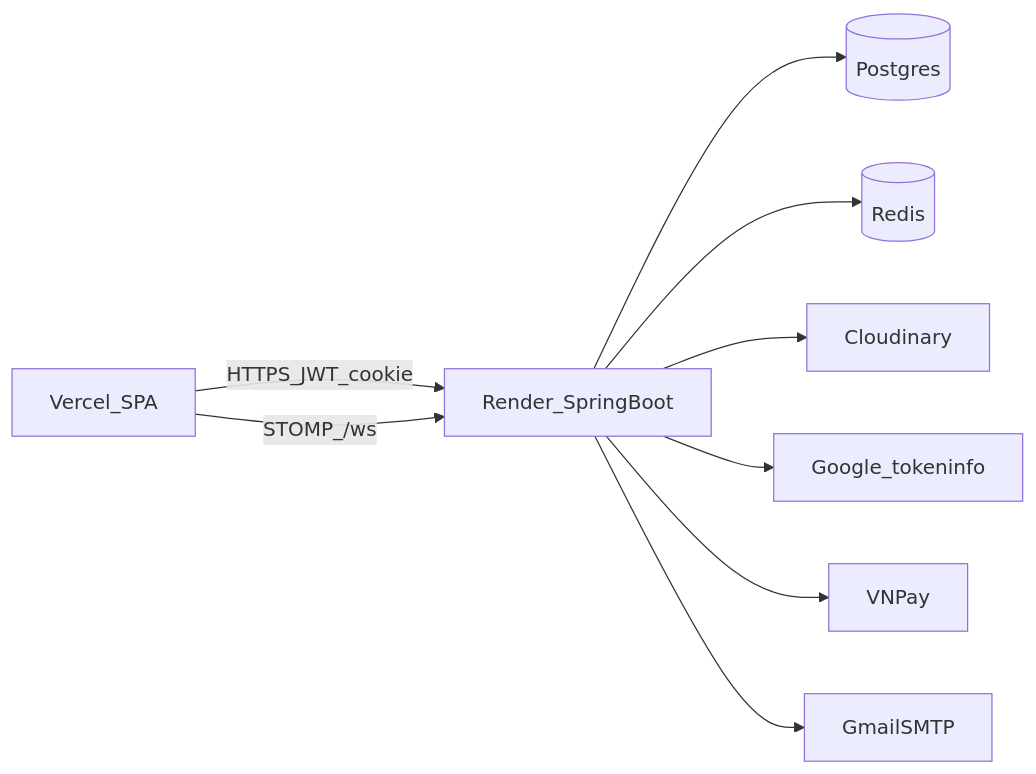
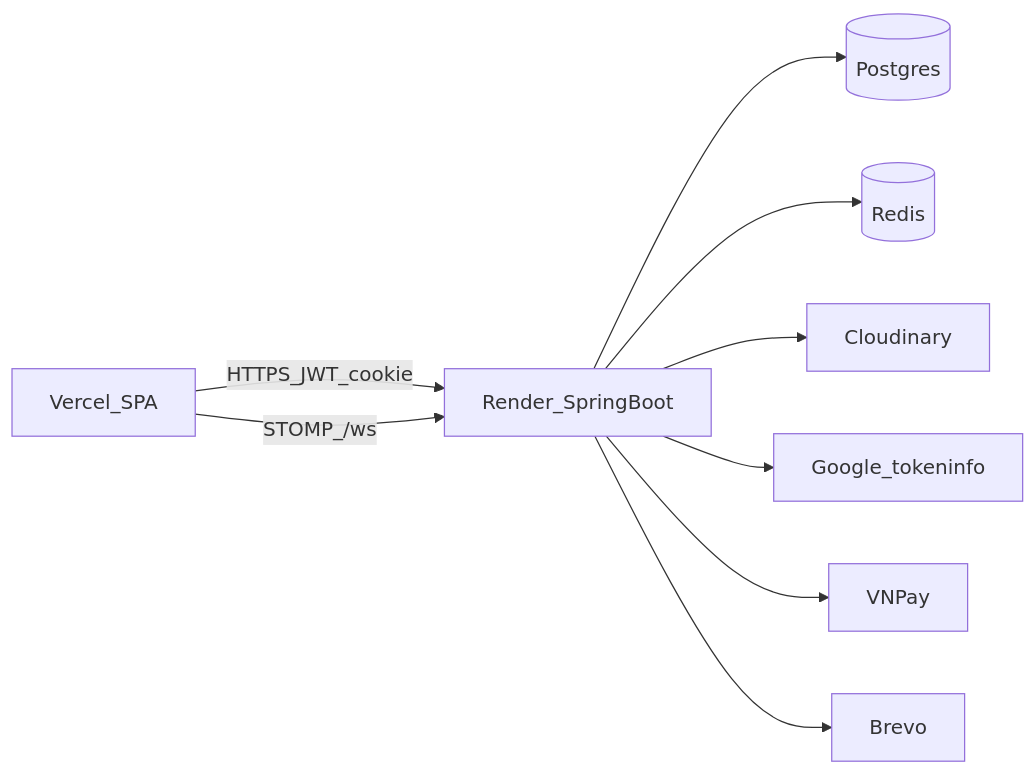
The diagram in README.md (HoangDVH/javabackend), drawn with Mermaid before and after one commit. The commit also changed other lines of this file and 11 other files, not shown here.

First line of the commit message:
feat: switch password-reset mail to Brevo HTTPS API

````diff
--- a/README.md
+++ b/README.md
@@ -66,11 +66,11 @@
 ```mermaid
 flowchart LR
   FE[Vercel_SPA] -->|HTTPS_JWT_cookie| API[Render_SpringBoot]
   FE -->|STOMP_/ws| API
   API --> PG[(Postgres)]
   API --> Redis[(Redis)]
   API --> Cloudinary
   API --> Google[Google_tokeninfo]
   API --> VNPay
-  API --> GmailSMTP
+  API --> Brevo
 ```
````
